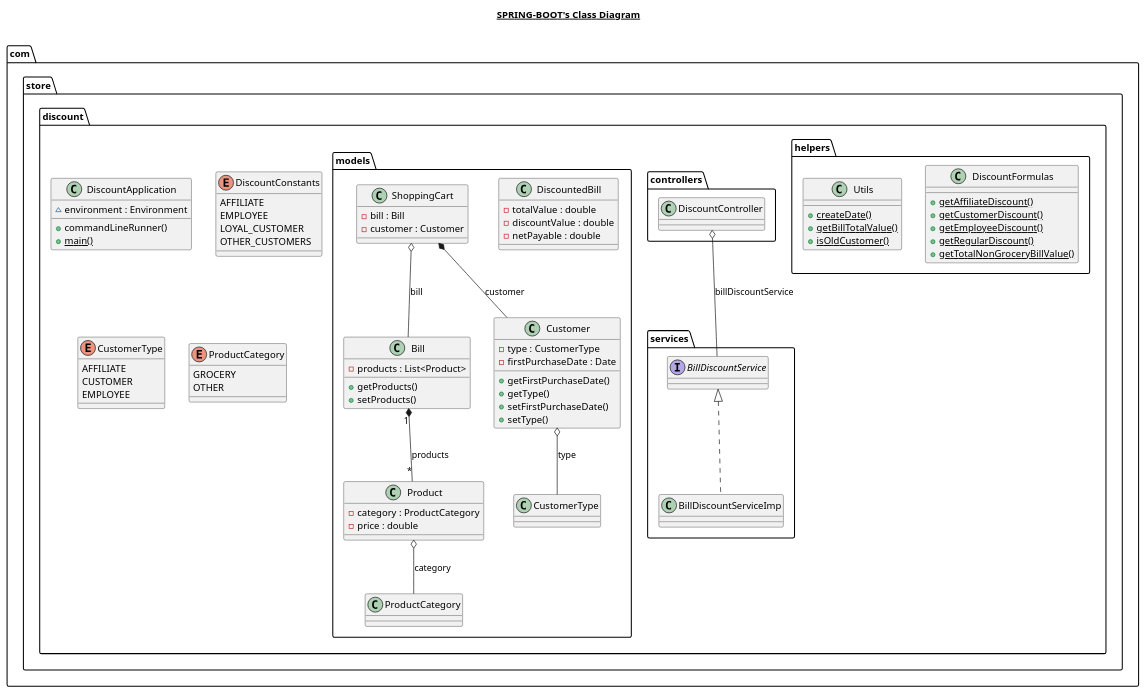
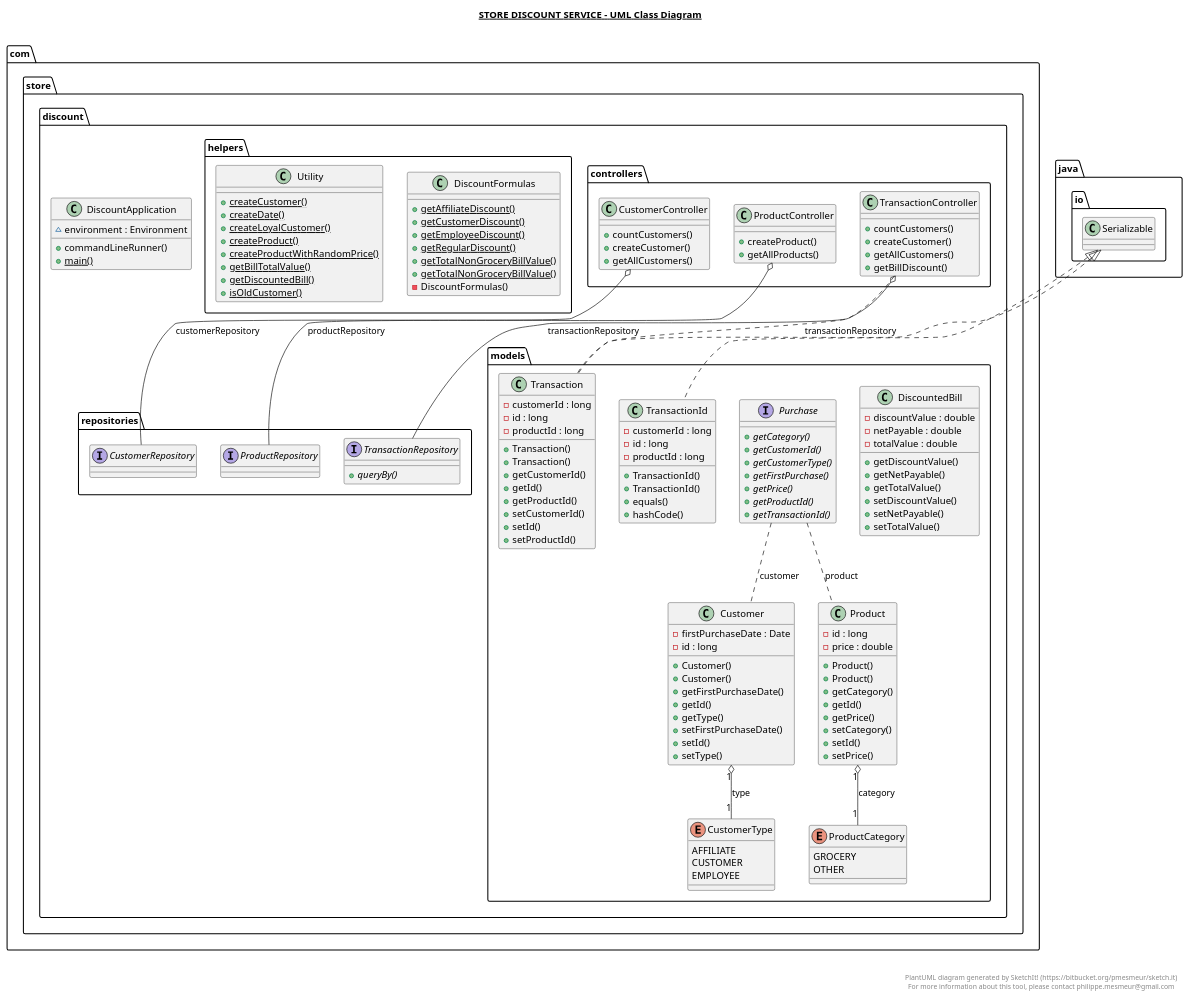
The diagram in assets/discount-web-service.plantuml (mohyassine/discount-web-service), drawn with PlantUML before and after one commit. The commit also changed 32 other files, not shown here.

Commit message:
chore: Added H2 DB support, modified models, added repository classes, helper methods, Rest controllers exception classes, new Spring Boot unit testing, and updated pom.xml

```diff
--- a/assets/discount-web-service.plantuml
+++ b/assets/discount-web-service.plantuml
@@ -1,131 +1,169 @@
 @startuml
 
-title __SPRING-BOOT's Class Diagram__\n
+title __STORE DISCOUNT SERVICE - UML Class Diagram__\n
 
-  namespace com.store.discount {
     class com.store.discount.DiscountApplication {
         ~ environment : Environment
         + commandLineRunner()
         {static} + main()
     }
-  }
-  
 
-  namespace com.store.discount {
-      class com.store.discount.helpers.DiscountFormulas {
-          {static} + getAffiliateDiscount()
-          {static} + getCustomerDiscount()
-          {static} + getEmployeeDiscount()
-          {static} + getRegularDiscount()
-          {static} + getTotalNonGroceryBillValue()
-      }
-   }
-
-
-  namespace com.store.discount {
-      class com.store.discount.helpers.Utils {
-        {static} + createDate()
-        {static} + getBillTotalValue()
-        {static} + isOldCustomer()
-      }
-  }
-
-  namespace com.store.discount {
-      enum DiscountConstants {
-          AFFILIATE
-          EMPLOYEE
-          LOYAL_CUSTOMER
-          OTHER_CUSTOMERS
-      }
-  }
-  
-
-  namespace com.store.discount {
-      class com.store.discount.controllers.DiscountController {
-      }
-  }
-
-  namespace com.store.discount {
-      class com.store.discount.models.Bill {
-          - products : List<Product>
-          + getProducts()
-          + setProducts()
-      }
+    class com.store.discount.controllers.CustomerController {
+        + countCustomers()
+        + createCustomer()
+        + getAllCustomers()
     }
 
-  namespace com.store.discount {
+    class com.store.discount.controllers.ProductController {
+        + createProduct()
+        + getAllProducts()
+    }
+
+      class com.store.discount.controllers.TransactionController {
+          + countCustomers()
+          + createCustomer()
+          + getAllCustomers()
+          + getBillDiscount()
+      }
+
+  
       class com.store.discount.models.Customer {
-            - type : CustomerType
-            - firstPurchaseDate : Date
-            + getFirstPurchaseDate()
-            + getType()
-            + setFirstPurchaseDate()
-            + setType()
+                - firstPurchaseDate : Date
+                - id : long
+                + Customer()
+                + Customer()
+                + getFirstPurchaseDate()
+                + getId()
+                + getType()
+                + setFirstPurchaseDate()
+                + setId()
+                + setType()
       }
-  }
-  
-
-  namespace com.store.discount {
-      enum CustomerType {
+   
+      enum com.store.discount.models.CustomerType {
             AFFILIATE
             CUSTOMER
             EMPLOYEE
+
       }
-  }
+   
+      class com.store.discount.models.DiscountedBill {
+          - discountValue : double
+          - netPayable : double
+          - totalValue : double
+          + getDiscountValue()
+          + getNetPayable()
+          + getTotalValue()
+          + setDiscountValue()
+          + setNetPayable()
+          + setTotalValue()
+      }
+
+      class com.store.discount.models.Product {
+          - id : long
+          - price : double
+          + Product()
+          + Product()
+          + getCategory()
+          + getId()
+          + getPrice()
+          + setCategory()
+          + setId()
+          + setPrice()
+      }
+
+      enum com.store.discount.models.ProductCategory {
+        GROCERY
+        OTHER
+      }
+
+      interface com.store.discount.models.Purchase {
+          {abstract} + getCategory()
+          {abstract} + getCustomerId()
+          {abstract} + getCustomerType()
+          {abstract} + getFirstPurchase()
+          {abstract} + getPrice()
+          {abstract} + getProductId()
+          {abstract} + getTransactionId()
+      }
+
+      class com.store.discount.models.Transaction {
+          - customerId : long
+          - id : long
+          - productId : long
+          + Transaction()
+          + Transaction()
+          + getCustomerId()
+          + getId()
+          + getProductId()
+          + setCustomerId()
+          + setId()
+          + setProductId()
+      }
   
-
-  namespace com.store.discount {
-      class com.store.discount.models.DiscountedBill {
-        - totalValue : double
-        - discountValue : double
-        - netPayable : double
+   
+      class com.store.discount.models.TransactionId {
+          - customerId : long
+          - id : long
+          - productId : long
+          + TransactionId()
+          + TransactionId()
+          + equals()
+          + hashCode()
       }
-  }
-  
-
-  namespace com.store.discount {
-      class com.store.discount.models.Product {
-            - category : ProductCategory
-            - price : double
-      }
-  }
-  
-
-  namespace com.store.discount {
-      enum ProductCategory {
-         GROCERY
-         OTHER
-      }
-  }
 
 
-  namespace com.store.discount {
-      class com.store.discount.models.ShoppingCart {
-        - bill : Bill
-        - customer : Customer
+      interface com.store.discount.repositories.CustomerRepository {
       }
-  }
-  
-
-  namespace com.store.discount {
-      interface com.store.discount.services.BillDiscountService {
-      }
-  }
-  
-
-  namespace com.store.discount {
-      class com.store.discount.services.BillDiscountServiceImp {
-      }
-  }
-  
-
-  com.store.discount.controllers.DiscountController o-- com.store.discount.services.BillDiscountService : billDiscountService
-  com.store.discount.models.Customer o-- com.store.discount.models.CustomerType : type
-  com.store.discount.models.Product o-- com.store.discount.models.ProductCategory : category
-  com.store.discount.models.ShoppingCart o-- com.store.discount.models.Bill : bill
-  com.store.discount.models.ShoppingCart *-- com.store.discount.models.Customer : customer
-  com.store.discount.models.Bill "1" *-- "*" com.store.discount.models.Product : products
-  com.store.discount.services.BillDiscountServiceImp .up.|> com.store.discount.services.BillDiscountService
 
 
+      interface com.store.discount.repositories.ProductRepository {
+      }
+
+
+      interface com.store.discount.repositories.TransactionRepository {
+        {abstract} + queryBy()
+      }
+
+      class com.store.discount.helpers.DiscountFormulas {
+                {static} + getAffiliateDiscount()
+                {static} + getCustomerDiscount()
+                {static} + getEmployeeDiscount()
+                {static} + getRegularDiscount()
+                {static} + getTotalNonGroceryBillValue()
+                {static} + getTotalNonGroceryBillValue()
+                - DiscountFormulas()
+        }
+
+
+            class com.store.discount.helpers.Utility {
+                {static} + createCustomer()
+                {static} + createDate()
+                {static} + createLoyalCustomer()
+                {static} + createProduct()
+                {static} + createProductWithRandomPrice()
+                {static} + getBillTotalValue()
+                {static} + getDiscountedBill()
+                {static} + isOldCustomer()
+            }
+
+  com.store.discount.controllers.CustomerController o-- com.store.discount.repositories.CustomerRepository : customerRepository
+  com.store.discount.controllers.ProductController o-- com.store.discount.repositories.ProductRepository : productRepository
+  com.store.discount.controllers.TransactionController o-- com.store.discount.repositories.TransactionRepository : transactionRepository
+  com.store.discount.models.Customer "1" o--  "1" com.store.discount.models.CustomerType : type
+  com.store.discount.models.Product "1" o-- "1" com.store.discount.models.ProductCategory : category
+  com.store.discount.models.Purchase .. com.store.discount.models.Customer : customer
+  com.store.discount.models.Purchase .. com.store.discount.models.Product : product
+  com.store.discount.models.Transaction .up.|> java.io.Serializable
+  com.store.discount.models.TransactionId .up.|> java.io.Serializable
+  com.store.discount.controllers.TransactionController .. com.store.discount.models.Transaction : transactionRepository
+
+
+right footer
+
+
+PlantUML diagram generated by SketchIt! (https://bitbucket.org/pmesmeur/sketch.it)
+For more information about this tool, please contact philippe.mesmeur@gmail.com
+endfooter
+
 @enduml
```
